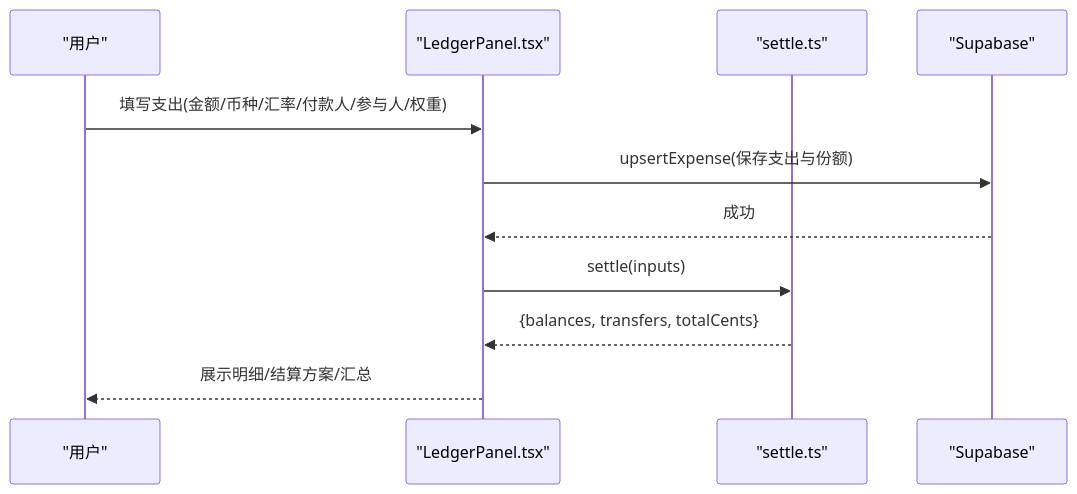
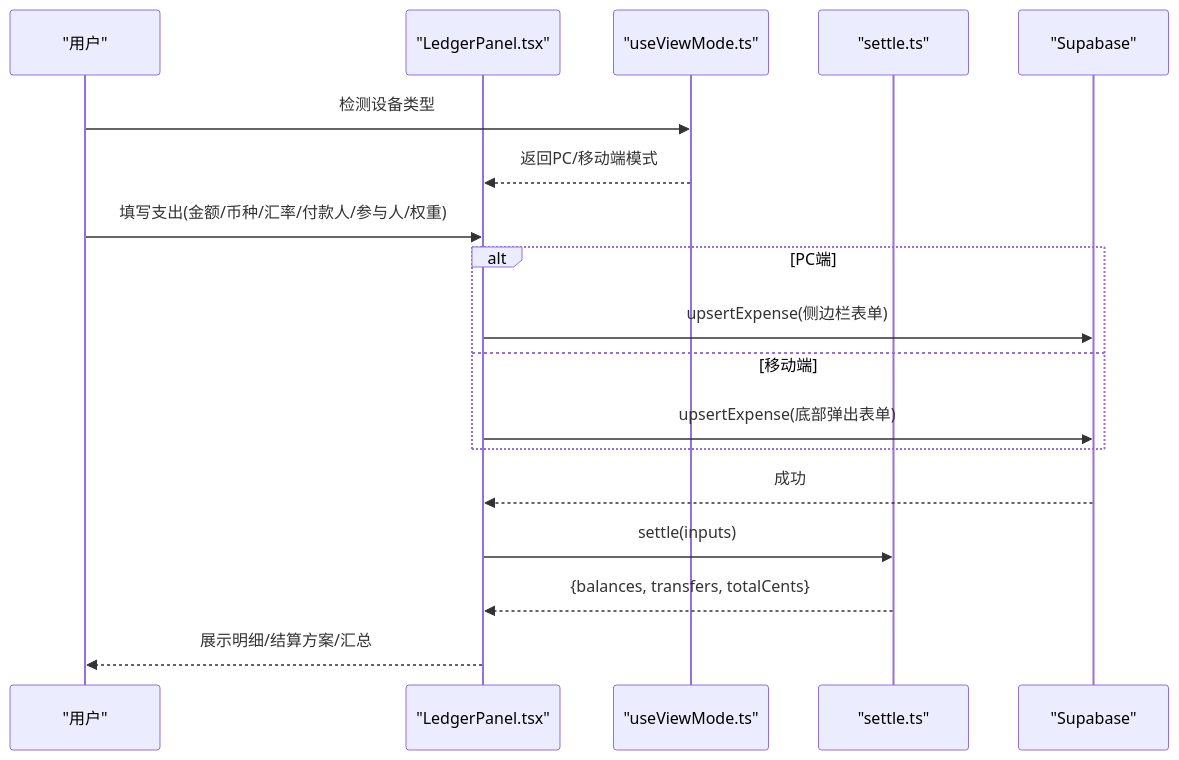
One commit to huangyilu/wanwuyishi changed the second of 8 diagrams in .qoder/repowiki/zh/content/核心功能模块/费用管理模块.md. Above: the diagram before and after it, drawn with Mermaid. The commit also changed other lines of this file and 103 other files, not shown here.

````diff
--- a/.qoder/repowiki/zh/content/核心功能模块/费用管理模块.md
+++ b/.qoder/repowiki/zh/content/核心功能模块/费用管理模块.md
@@ -91,13 +110,20 @@
 ```mermaid
 sequenceDiagram
 participant U as "用户"
 participant UI as "LedgerPanel.tsx"
+participant VM as "useViewMode.ts"
 participant D as "settle.ts"
 participant DB as "Supabase"
+U->>VM : 检测设备类型
+VM-->>UI : 返回PC/移动端模式
 U->>UI : 填写支出(金额/币种/汇率/付款人/参与人/权重)
-UI->>DB : upsertExpense(保存支出与份额)
+alt PC端
+UI->>DB : upsertExpense(侧边栏表单)
+else 移动端
+UI->>DB : upsertExpense(底部弹出表单)
+end
 DB-->>UI : 成功
 UI->>D : settle(inputs)
 D-->>UI : {balances, transfers, totalCents}
 UI-->>U : 展示明细/结算方案/汇总
 ```
````
